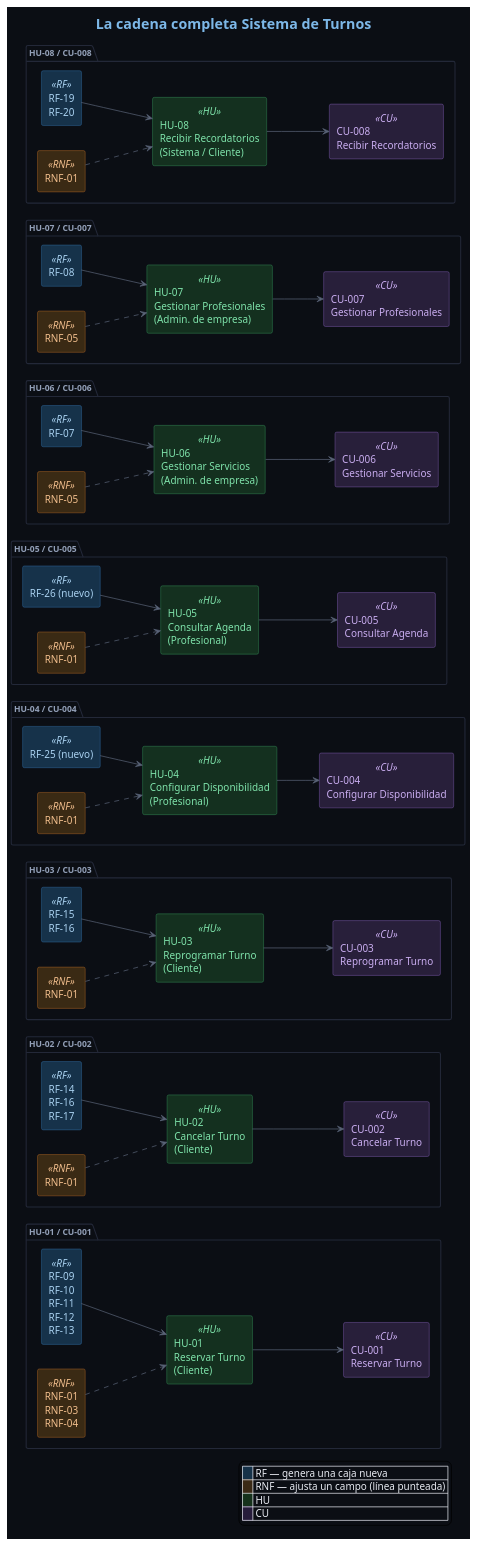
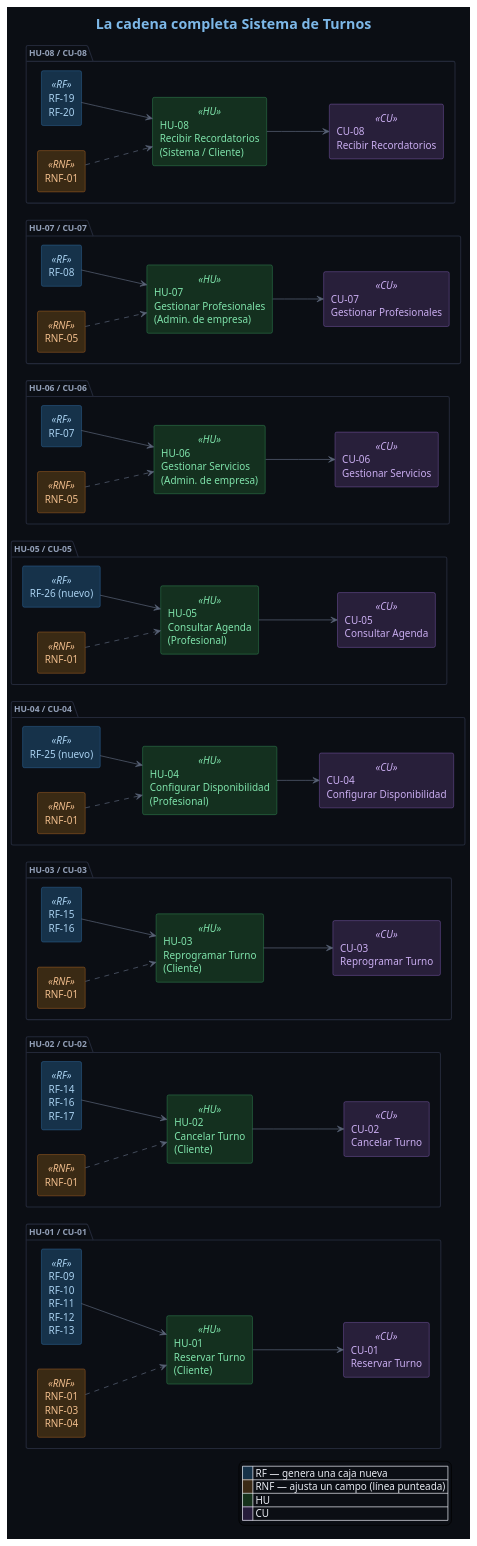
The diagram in diagramas/casos-de-uso.puml (Ramirocou/Grupo-03-Sist.-Turnos.), drawn with PlantUML before and after one commit.

Commit message:
Diagrama de la cadena completa en PlantUML cambiando los CU con doble 0 para que sea igual a como estan escritos en la documentacion de CU

```diff
--- a/diagramas/casos-de-uso.puml
+++ b/diagramas/casos-de-uso.puml
@@ -1,131 +1,131 @@
 @startuml
 left to right direction
 skinparam shadowing false
 skinparam backgroundColor #0B0E14
 skinparam defaultFontColor #E8EBF2
 
 skinparam title {
   FontColor #7DB8E8
   FontSize 20
 }
 
 skinparam package {
   BackgroundColor #0B0E14
   BorderColor #232838
   FontColor #93A0B8
   FontSize 12
 }
 
 skinparam arrow {
   Color #5A6478
   FontColor #93A0B8
 }
 
 skinparam rectangle {
   BackgroundColor<<RF>> #16324A
   BorderColor<<RF>> #3B82C4
   FontColor<<RF>> #A9D1F0
 
   BackgroundColor<<RNF>> #3A2A14
   BorderColor<<RNF>> #D97B2A
   FontColor<<RNF>> #F0BD8C
 
   BackgroundColor<<HU>> #14301F
   BorderColor<<HU>> #3FAE6A
   FontColor<<HU>> #7FE3AB
 
   BackgroundColor<<CU>> #281F3A
   BorderColor<<CU>> #9B6FD6
   FontColor<<CU>> #C9ADF0
 }
 
 title La cadena completa Sistema de Turnos
 
-package "HU-01 / CU-001" {
+package "HU-01 / CU-01" {
   rectangle "RF-09\nRF-10\nRF-11\nRF-12\nRF-13" as RF1 <<RF>>
   rectangle "RNF-01\nRNF-03\nRNF-04" as RNF1 <<RNF>>
   rectangle "HU-01\nReservar Turno\n(Cliente)" as HU1 <<HU>>
-  rectangle "CU-001\nReservar Turno" as CU1 <<CU>>
+  rectangle "CU-01\nReservar Turno" as CU1 <<CU>>
   RF1 -down-> HU1
   RNF1 .down.> HU1
   HU1 -down-> CU1
 }
 
-package "HU-02 / CU-002" {
+package "HU-02 / CU-02" {
   rectangle "RF-14\nRF-16\nRF-17" as RF2 <<RF>>
   rectangle "RNF-01" as RNF2 <<RNF>>
   rectangle "HU-02\nCancelar Turno\n(Cliente)" as HU2 <<HU>>
-  rectangle "CU-002\nCancelar Turno" as CU2 <<CU>>
+  rectangle "CU-02\nCancelar Turno" as CU2 <<CU>>
   RF2 -down-> HU2
   RNF2 .down.> HU2
   HU2 -down-> CU2
 }
 
-package "HU-03 / CU-003" {
+package "HU-03 / CU-03" {
   rectangle "RF-15\nRF-16" as RF3 <<RF>>
   rectangle "RNF-01" as RNF3 <<RNF>>
   rectangle "HU-03\nReprogramar Turno\n(Cliente)" as HU3 <<HU>>
-  rectangle "CU-003\nReprogramar Turno" as CU3 <<CU>>
+  rectangle "CU-03\nReprogramar Turno" as CU3 <<CU>>
   RF3 -down-> HU3
   RNF3 .down.> HU3
   HU3 -down-> CU3
 }
 
-package "HU-04 / CU-004" {
+package "HU-04 / CU-04" {
   rectangle "RF-25 (nuevo)" as RF4 <<RF>>
   rectangle "RNF-01" as RNF4 <<RNF>>
   rectangle "HU-04\nConfigurar Disponibilidad\n(Profesional)" as HU4 <<HU>>
-  rectangle "CU-004\nConfigurar Disponibilidad" as CU4 <<CU>>
+  rectangle "CU-04\nConfigurar Disponibilidad" as CU4 <<CU>>
   RF4 -down-> HU4
   RNF4 .down.> HU4
   HU4 -down-> CU4
 }
 
-package "HU-05 / CU-005" {
+package "HU-05 / CU-05" {
   rectangle "RF-26 (nuevo)" as RF5 <<RF>>
   rectangle "RNF-01" as RNF5 <<RNF>>
   rectangle "HU-05\nConsultar Agenda\n(Profesional)" as HU5 <<HU>>
-  rectangle "CU-005\nConsultar Agenda" as CU5 <<CU>>
+  rectangle "CU-05\nConsultar Agenda" as CU5 <<CU>>
   RF5 -down-> HU5
   RNF5 .down.> HU5
   HU5 -down-> CU5
 }
 
-package "HU-06 / CU-006" {
+package "HU-06 / CU-06" {
   rectangle "RF-07" as RF6 <<RF>>
   rectangle "RNF-05" as RNF6 <<RNF>>
   rectangle "HU-06\nGestionar Servicios\n(Admin. de empresa)" as HU6 <<HU>>
-  rectangle "CU-006\nGestionar Servicios" as CU6 <<CU>>
+  rectangle "CU-06\nGestionar Servicios" as CU6 <<CU>>
   RF6 -down-> HU6
   RNF6 .down.> HU6
   HU6 -down-> CU6
 }
 
-package "HU-07 / CU-007" {
+package "HU-07 / CU-07" {
   rectangle "RF-08" as RF7 <<RF>>
   rectangle "RNF-05" as RNF7 <<RNF>>
   rectangle "HU-07\nGestionar Profesionales\n(Admin. de empresa)" as HU7 <<HU>>
-  rectangle "CU-007\nGestionar Profesionales" as CU7 <<CU>>
+  rectangle "CU-07\nGestionar Profesionales" as CU7 <<CU>>
   RF7 -down-> HU7
   RNF7 .down.> HU7
   HU7 -down-> CU7
 }
 
-package "HU-08 / CU-008" {
+package "HU-08 / CU-08" {
   rectangle "RF-19\nRF-20" as RF8 <<RF>>
   rectangle "RNF-01" as RNF8 <<RNF>>
   rectangle "HU-08\nRecibir Recordatorios\n(Sistema / Cliente)" as HU8 <<HU>>
-  rectangle "CU-008\nRecibir Recordatorios" as CU8 <<CU>>
+  rectangle "CU-08\nRecibir Recordatorios" as CU8 <<CU>>
   RF8 -down-> HU8
   RNF8 .down.> HU8
   HU8 -down-> CU8
 }
 
 legend right
   |<back:#16324A>    </back>| RF — genera una caja nueva |
   |<back:#3A2A14>    </back>| RNF — ajusta un campo (línea punteada) |
   |<back:#14301F>    </back>| HU |
   |<back:#281F3A>    </back>| CU |
 endlegend
 
 @enduml
```
